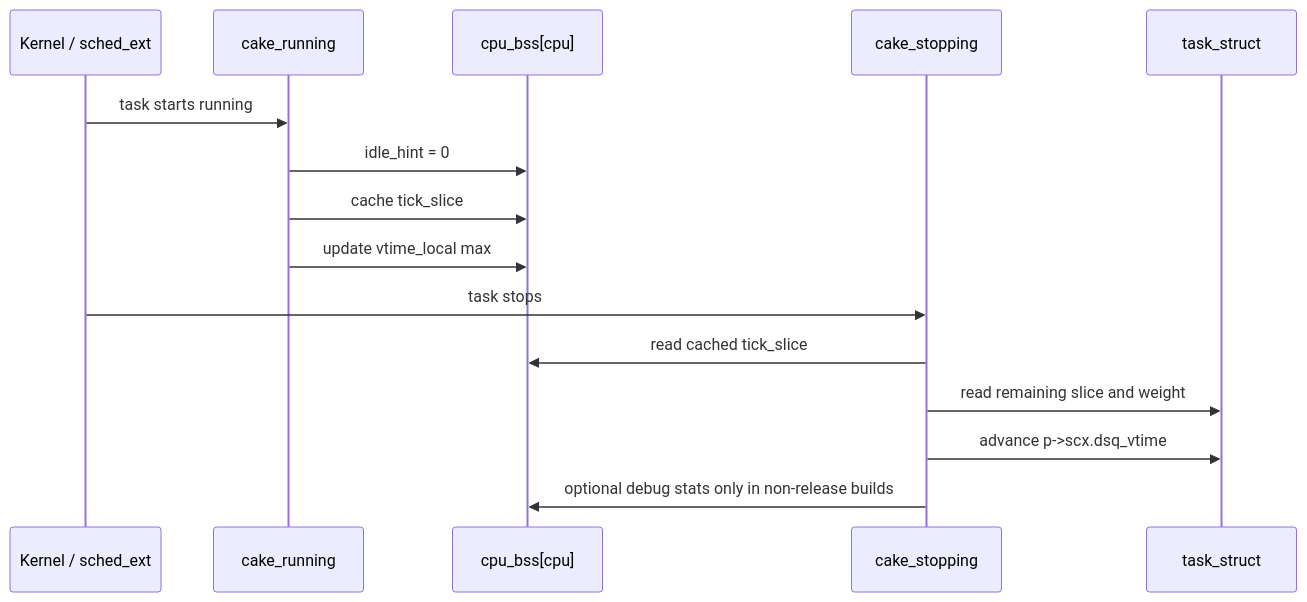
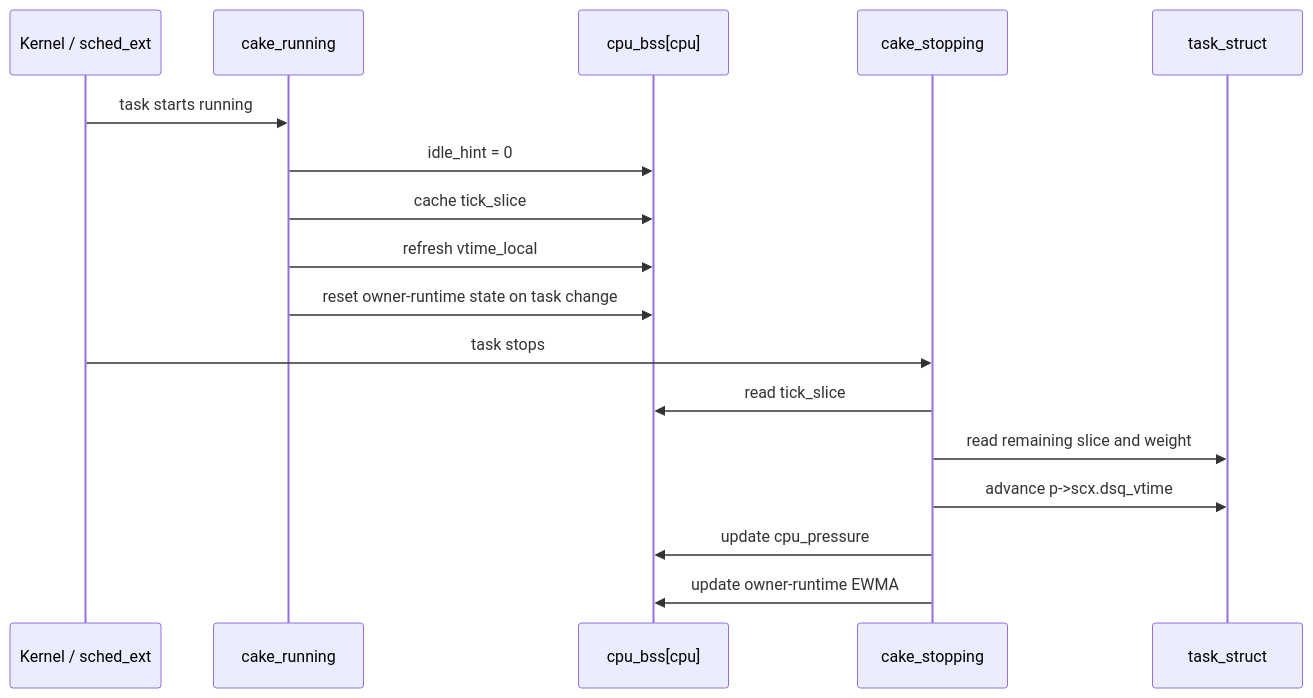
One commit to RitzDaCat/scx changed the second of 2 diagrams in scheds/rust/scx_cake/README.md. Above: the diagram before and after it, drawn with Mermaid. The commit also changed other lines of this file and 22 other files, not shown here.

````diff
--- a/scheds/rust/scx_cake/README.md
+++ b/scheds/rust/scx_cake/README.md
@@ -326,19 +183,21 @@
 ```mermaid
 sequenceDiagram
     participant K as Kernel / sched_ext
     participant R as cake_running
     participant B as cpu_bss[cpu]
     participant S as cake_stopping
     participant T as task_struct
 
     K->>R: task starts running
     R->>B: idle_hint = 0
     R->>B: cache tick_slice
-    R->>B: update vtime_local max
+    R->>B: refresh vtime_local
+    R->>B: reset owner-runtime state on task change
 
     K->>S: task stops
-    S->>B: read cached tick_slice
+    S->>B: read tick_slice
     S->>T: read remaining slice and weight
     S->>T: advance p->scx.dsq_vtime
-    S->>B: optional debug stats only in non-release builds
+    S->>B: update cpu_pressure
+    S->>B: update owner-runtime EWMA
 ```
````
